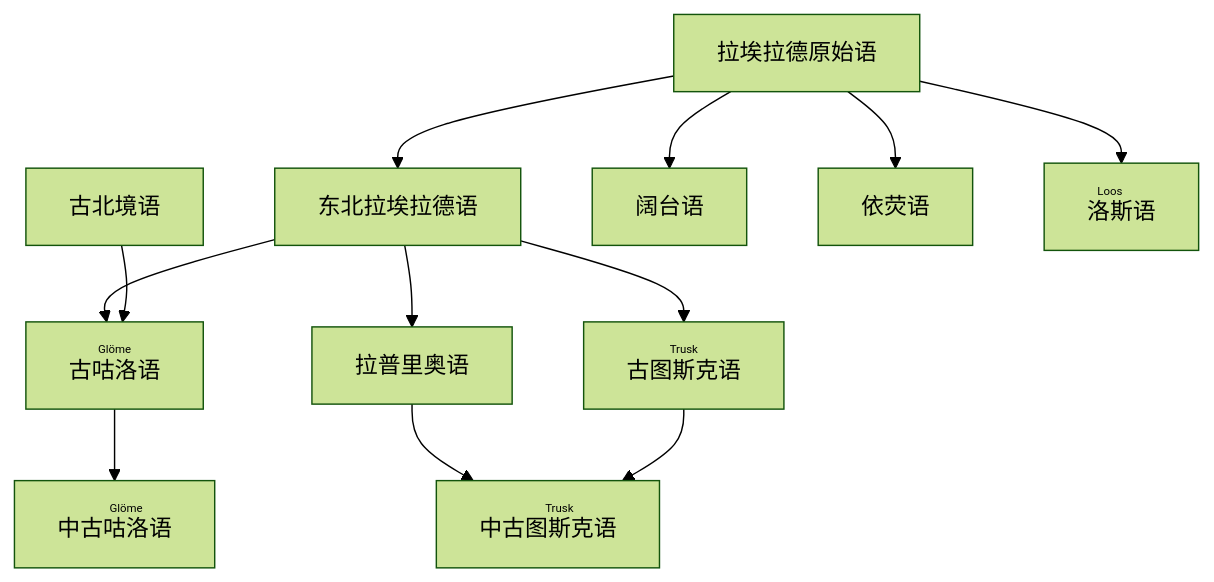
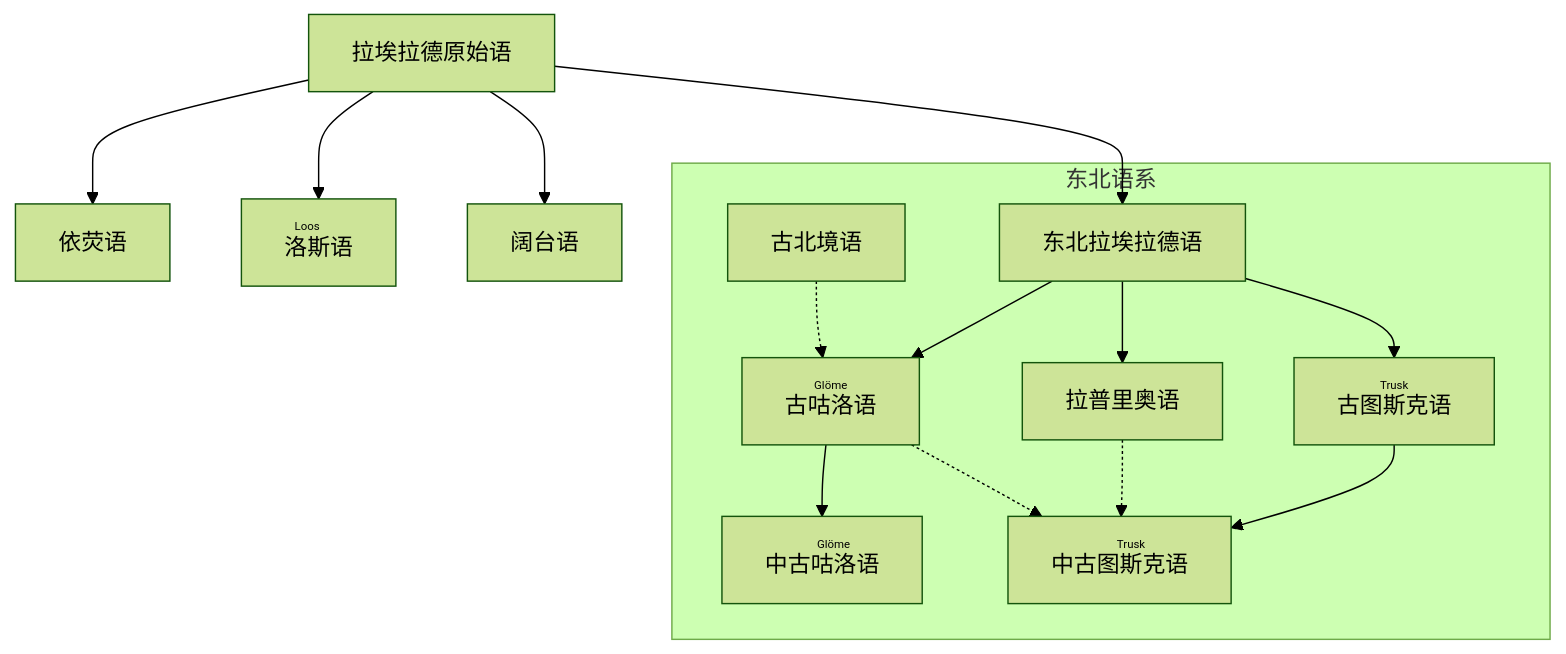
The second of 2 diagrams in docs/拉埃拉德/laaerad 简介.md (PhychiasLokDansk/Laaerad), drawn with Mermaid (forest theme) before and after one commit. The commit also changed 2 other files, not shown here.

Commit message:
LAPTOP-UGNPREPA 2025-1-6:16:5:43

````diff
--- a/docs/拉埃拉德/laaerad 简介.md
+++ b/docs/拉埃拉德/laaerad 简介.md
@@ -118,14 +118,28 @@
 ```mermaid
 graph TD
-  A[拉埃拉德原始语] --> B[东北拉埃拉德语];
-  B --> C[古<ruby>咕洛<rt>Glöme</rt></ruby>语];
-  B --> D[拉普里奥语];
-  B --> E[古<ruby>图斯克<rt>Trusk</rt></ruby>语];
-  D --> F;
-  E --> F[中古<ruby>图斯克<rt>Trusk</rt></ruby>语];
-  C --> K[中古<ruby>咕洛<rt>Glöme</rt></ruby>语];
-  J[古北境语] --> C;
-  A --> G[阔台语];
-  A --> H[依荧语];
-  A --> I[<ruby>洛斯<rt>Loos</rt></ruby>语];
+	A[拉埃拉德原始语]
+	J[古北境语]
+	subgraph 东北语系
+		B[东北拉埃拉德语]
+		C[古<ruby>咕洛<rt>Glöme</rt></ruby>语]
+		D[拉普里奥语]
+		E[古<ruby>图斯克<rt>Trusk</rt></ruby>语]
+		F[中古<ruby>图斯克<rt>Trusk</rt></ruby>语]
+		K[中古<ruby>咕洛<rt>Glöme</rt></ruby>语]
+		J -.-> C
+	end
+	H[依荧语]
+	I[<ruby>洛斯<rt>Loos</rt></ruby>语]
+	G[阔台语]
+	D -.-> F
+	E --> F
+	C --> K
+	A --> H
+	A --> I   
+	A --> G
+	C -.-> F
+	B --> C
+	B --> D
+	B --> E
+	A --> B
 ```
````
